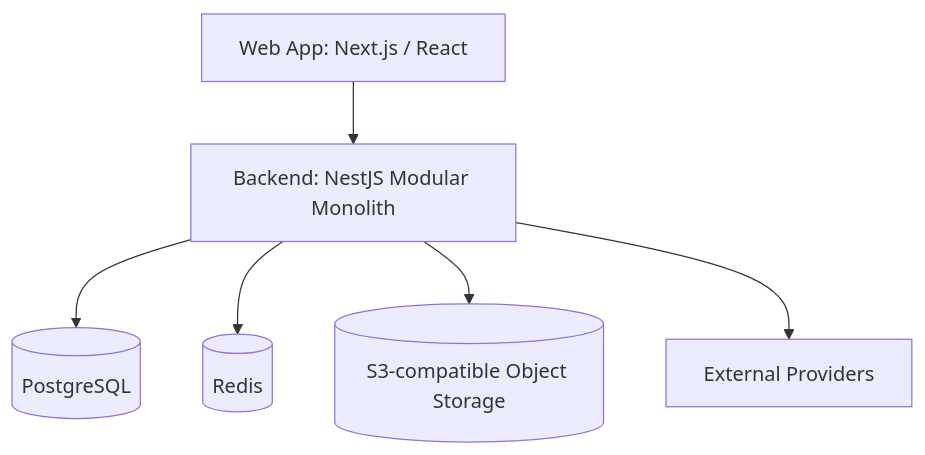
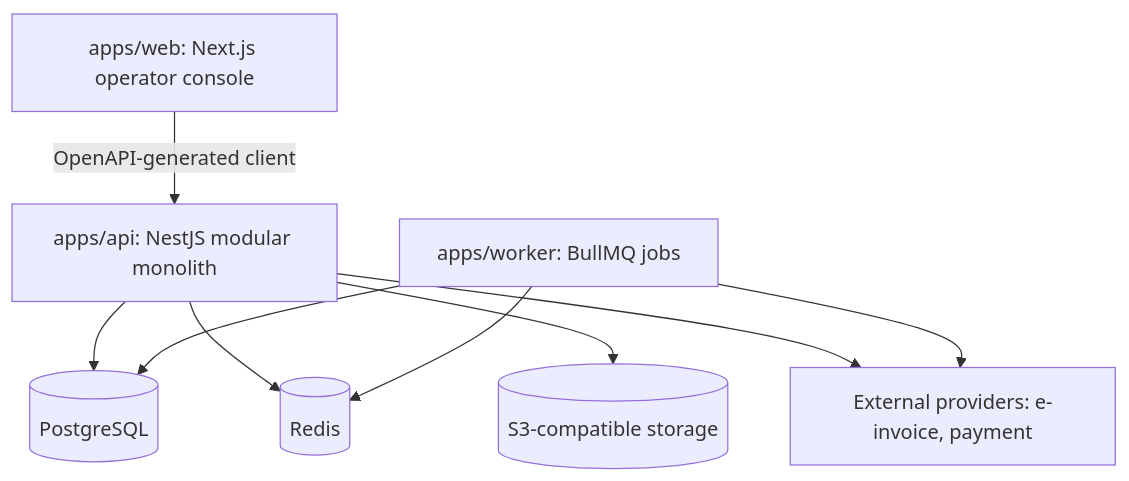
One commit to vanhung4499/edtech-saas changed the diagram in docs/technical/01-system-architecture.md. Above: the diagram before and after it, drawn with Mermaid. The commit also changed other lines of this file and 34 other files, not shown here.

````diff
--- a/docs/technical/01-system-architecture.md
+++ b/docs/technical/01-system-architecture.md
@@ -40,15 +43,19 @@
 ```mermaid
 flowchart TB
-    WEB[Web App: Next.js / React]
-    API[Backend: NestJS Modular Monolith]
+    WEB[apps/web: Next.js operator console]
+    API[apps/api: NestJS modular monolith]
+    WORKER[apps/worker: BullMQ jobs]
     DB[(PostgreSQL)]
     REDIS[(Redis)]
-    OBJ[(S3-compatible Object Storage)]
-    EXT[External Providers]
+    OBJ[(S3-compatible storage)]
+    EXT[External providers: e-invoice, payment]
 
-    WEB --> API
+    WEB -->|OpenAPI-generated client| API
     API --> DB
     API --> REDIS
     API --> OBJ
     API --> EXT
+    WORKER --> REDIS
+    WORKER --> DB
+    WORKER --> EXT
 ```
````
